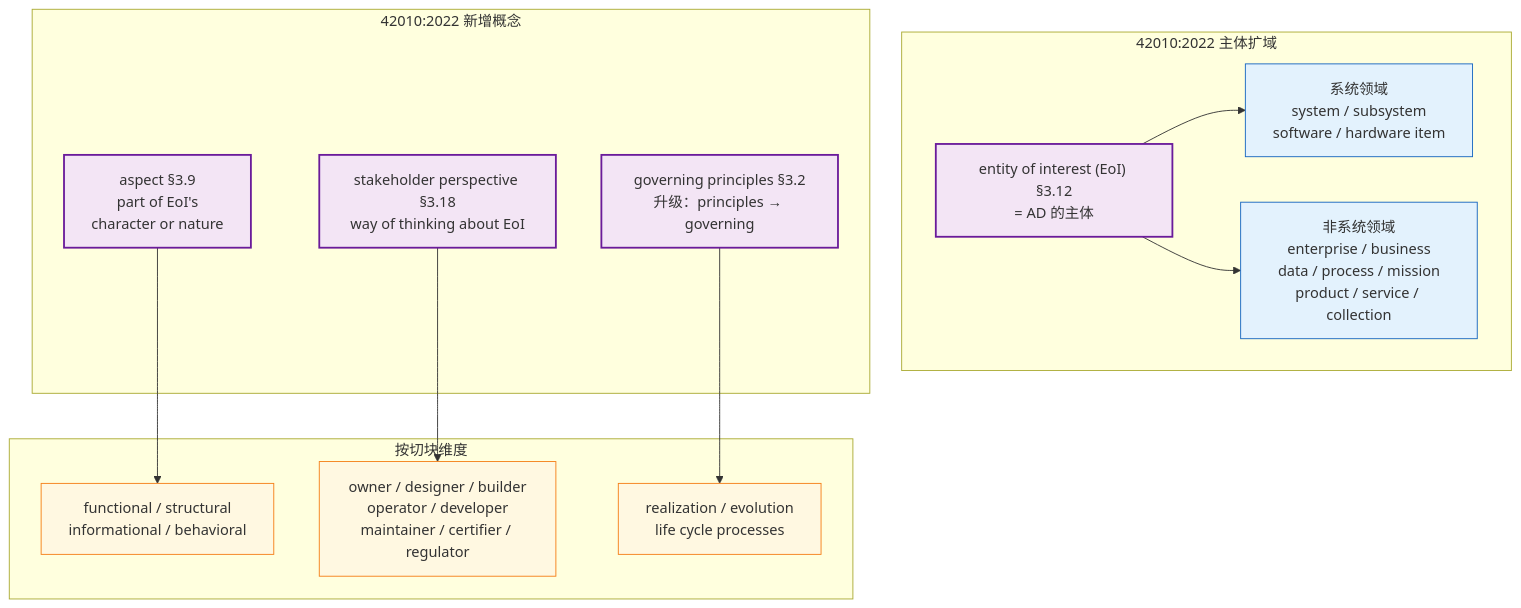
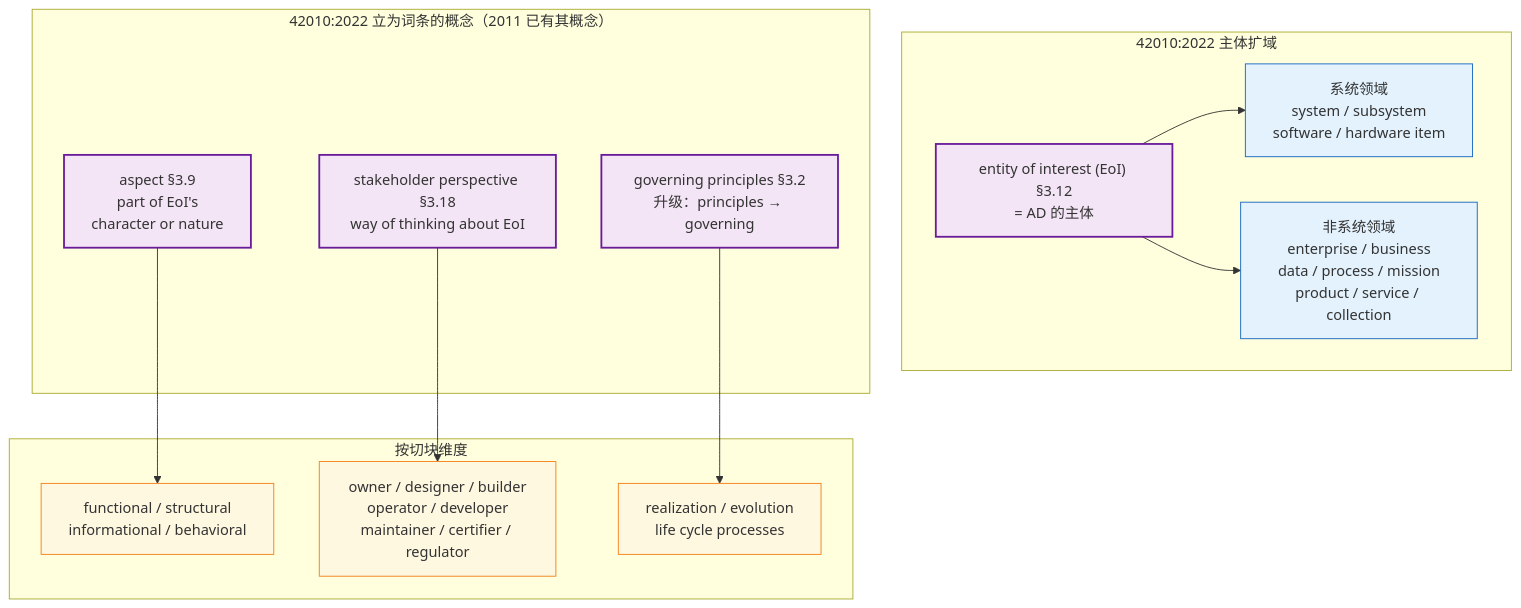
Before and after one commit to Yongjunzhou/business-Engineering: diagram 11 of 17 in 10-系统工程研究/00-系统工程相关研究报告/22-架构、概念、属性研究报告—术语权威定义与对照分析.md, drawn with Mermaid. The commit also changed other lines of this file and 30 other files, not shown here.

````diff
--- a/10-系统工程研究/00-系统工程相关研究报告/22-架构、概念、属性研究报告—术语权威定义与对照分析.md
+++ b/10-系统工程研究/00-系统工程相关研究报告/22-架构、概念、属性研究报告—术语权威定义与对照分析.md
@@ -1062,33 +1086,33 @@
 ```mermaid
 flowchart TB
     subgraph "42010:2022 主体扩域"
         EOI["entity of interest (EoI) §3.12<br/>= AD 的主体"]
         SUB1["系统领域<br/>system / subsystem<br/>software / hardware item"]
         SUB2["非系统领域<br/>enterprise / business<br/>data / process / mission<br/>product / service / collection"]
         EOI --> SUB1
         EOI --> SUB2
     end
 
-    subgraph "42010:2022 新增概念"
+    subgraph "42010:2022 立为词条的概念（2011 已有其概念）"
         ASP["aspect §3.9<br/>part of EoI's<br/>character or nature"]
         SP["stakeholder perspective §3.18<br/>way of thinking about EoI"]
         GP["governing principles §3.2<br/>升级：principles → governing"]
     end
 
     subgraph "按切块维度"
         ASP_C["functional / structural<br/>informational / behavioral"]
         SP_C["owner / designer / builder<br/>operator / developer<br/>maintainer / certifier / regulator"]
         GP_C["realization / evolution<br/>life cycle processes"]
         ASP --> ASP_C
         SP --> SP_C
         GP --> GP_C
     end
 
     classDef core fill:#f3e5f5,stroke:#6a1b9a,stroke-width:2px
     classDef sub fill:#e3f2fd,stroke:#1565c0
     classDef dim fill:#fff8e1,stroke:#f57f17
     class EOI core
     class SUB1,SUB2 sub
     class ASP,SP,GP core
     class ASP_C,SP_C,GP_C dim
 ```
````
